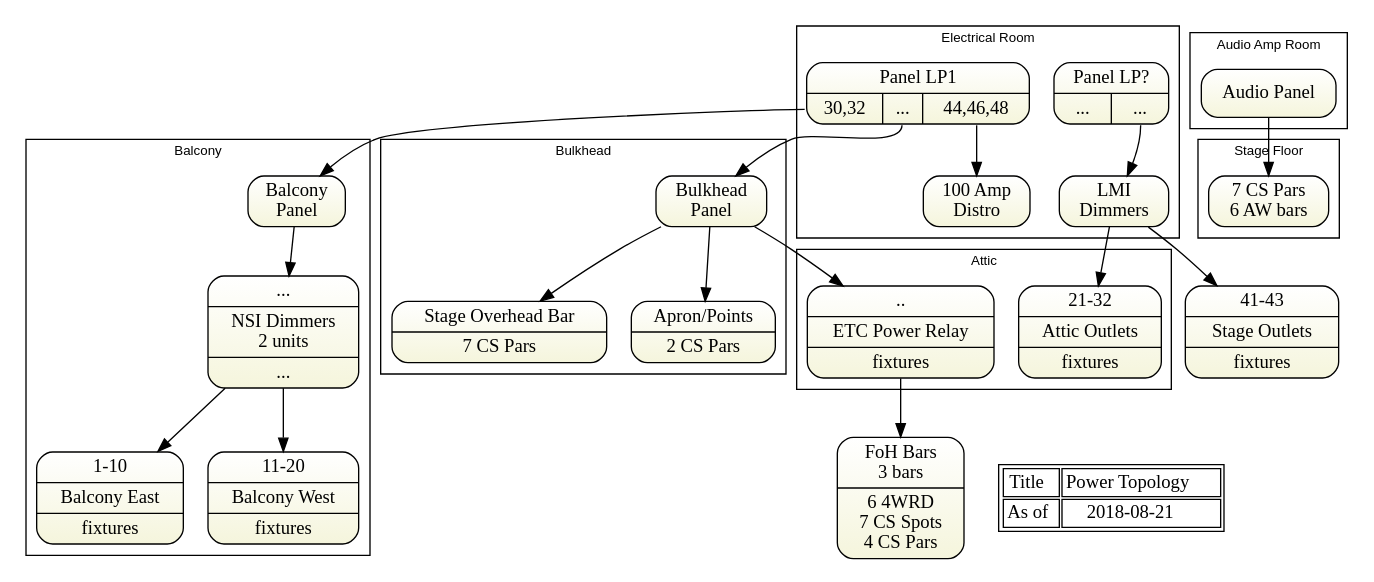
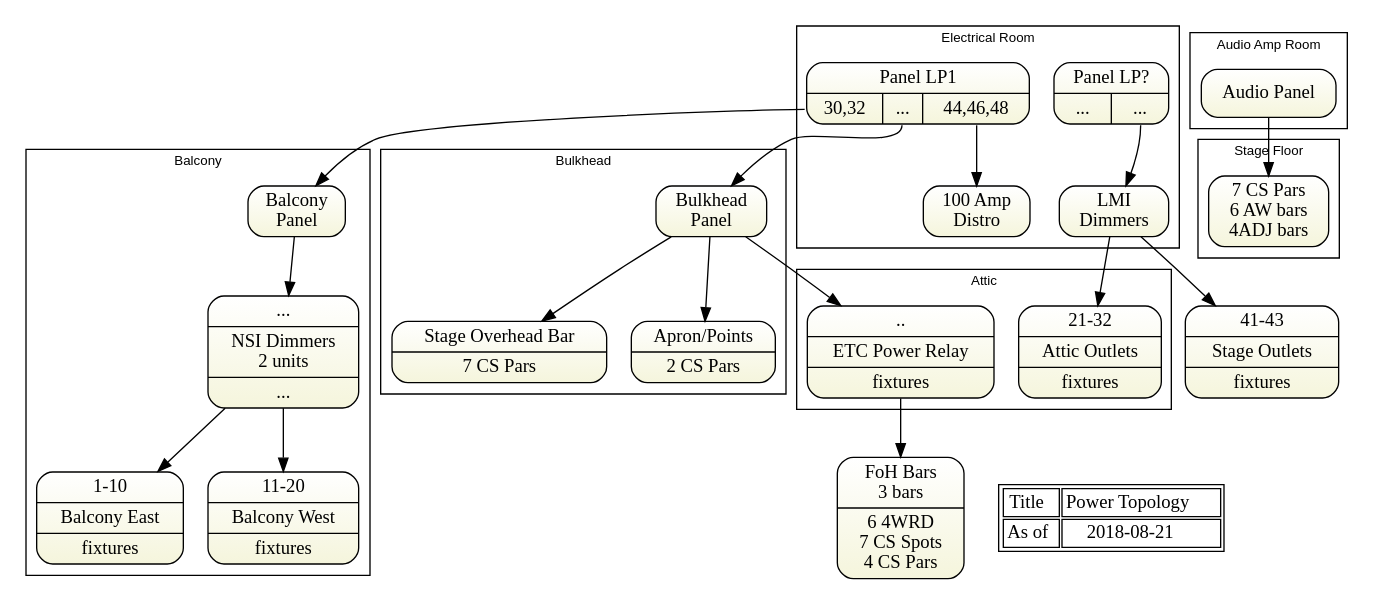
Before and after one commit to avmaint/uactechdoc: the diagram in sdl-topology3-power.gv, drawn with Graphviz. The commit also changed 1 other file, not shown here.

```diff
--- a/sdl-topology3-power.gv
+++ b/sdl-topology3-power.gv
@@ -1,85 +1,85 @@
 digraph topology3 { 
 graph [overlap = true, fontsize = 10, rankdir=TB 
       tooltip="Lighting Power Topology",
       fontname = Helvetica]
 
 node [shape=Mrecord, tooltip="" , 
       fillcolor="white:beige" , style=filled  
       gradientangle=270]
       
 lp1 [label="{{Panel LP1}|{ <o3032>30,32|<o2>...|<o4448>44,46,48}}"]
 somepanel [label="{{Panel LP?}|{ <o3032>...|<ox>... }}"]
 stage     [label="{<i>41-43|{Stage Outlets}|{ fixtures}}"]
 balconyeast  [label="{<i>1-10|{Balcony East}|{ fixtures}}"]
 balconywest  [label="{<i>11-20|{Balcony West}|{ fixtures}}"]
 
 fohbar       [label="{FoH Bars\n3 bars|6 4WRD\n7 CS Spots\n4 CS Pars}"]
 topbar       [label="{Stage Overhead Bar|7 CS Pars}"]
 points       [label="{Apron/Points|2 CS Pars}"]
 
 etcrelay  [label="{<i>..|{ETC Power Relay}|{ fixtures}}"]
 
       
 subgraph cluster_er { label="Electrical Room"
   somepanel
   lmi      [label="LMI\nDimmers"]
   lp1
   distro [label="100 Amp\nDistro"]
 }      
 
 subgraph cluster_bal { label="Balcony"
   balcony     [label="Balcony\nPanel"]
   nsi         [label="{<i>...|{NSI Dimmers\n2 units}|{ <o>...}}"]
   balconyeast
   balconywest
 }
 
 subgraph cluster_bulk { label="Bulkhead"
   bulkhead  [label="Bulkhead\nPanel"]
   topbar
   points
 }
 
 subgraph cluster_attic {label="Attic"
 attic [label="{<i>21-32|{Attic Outlets}|{ fixtures}}"]
 etcrelay
 }
 
 subgraph cluster_amp {label="Audio Amp Room"
    amppanel [label="Audio Panel"]
 }
 
 subgraph cluster_stage {label="Stage Floor"
-  stagepars [label="7 CS Pars\n6 AW bars"]
+  stagepars [label="7 CS Pars\n6 AW bars\n4ADJ bars"]
 }
 
 amppanel -> stagepars
 
 somepanel:ox -> lmi
 lmi -> stage  
 lmi -> attic
 
 lp1:o2 -> bulkhead
 lp1:o3032 -> balcony  
 lp1:o4448 -> distro
 balcony -> nsi
 nsi -> balconyeast  
 nsi -> balconywest  
 
 bulkhead -> topbar
 bulkhead -> points
 bulkhead -> etcrelay -> fohbar
   
 Node [shape=plaintext, fillcolor=white]
 stamp [label= <<table>
 <tr><td>Title</td>
     <td>Power Topology</td>
 </tr>    
 <tr><td>As of</td>
     <td>2018-08-21</td>
 </tr>
 </table>> ]  
 
 {rank=same; stamp  fohbar    }
 
  } 
```
